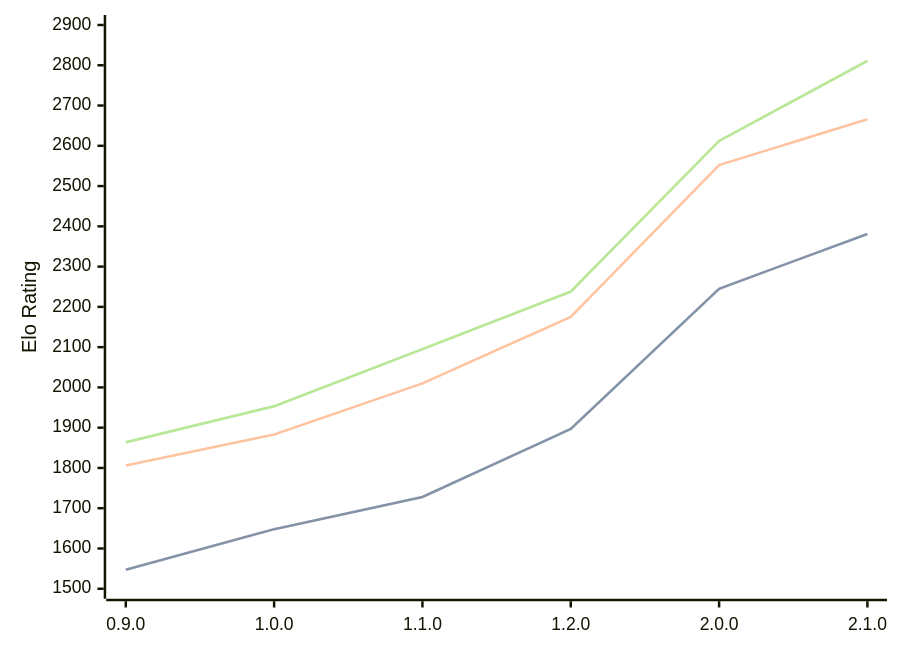
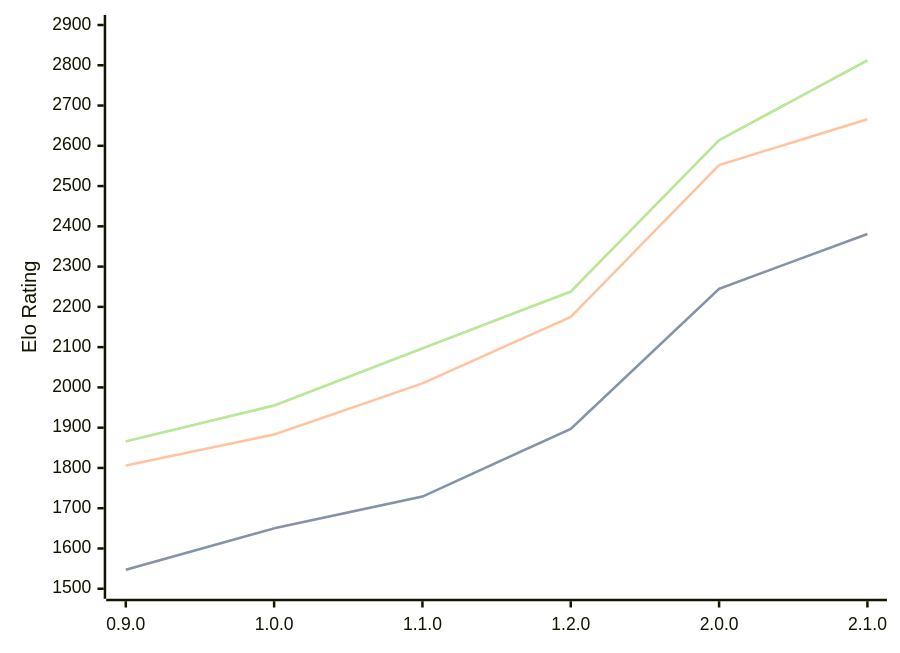
One commit to computer-chess-index/cci changed the diagram in engines/Ratsu.md. Above: the diagram before and after it, drawn with Mermaid. The commit also changed other lines of this file, not shown here.

Commit message:
Update CCI Ratings (ELO VLTC) - 2026-09-16

````diff
--- a/engines/Ratsu.md
+++ b/engines/Ratsu.md
@@ -36,11 +36,11 @@
 ```mermaid
 %%{init: {"theme":"base","themeVariables":{"seriesColors:['#a3a3a3','#222221','#faa371']}}}%%
 xychart-beta
   x-axis ["0.9.0", "1.0.0", "1.1.0", "1.2.0", "2.0.0", "2.1.0"]
   y-axis "Elo Rating" 1500 --> 2900
-  line "" [1547, 1648, 1728, 1897, 2245, 2381]
-  line "STC (8.0+0.08s)" [1547, 1648, 1728, 1897, 2245, 2381]
+  line "" [1547, 1650, 1729, 1897, 2245, 2381]
+  line "STC (8.0+0.08s)" [1547, 1650, 1729, 1897, 2245, 2381]
   line "LTC (60.0+0.60s)" [1806, 1883, 2010, 2175, 2552, 2666]
-  line "" [1864, 1953, 2095, 2238, 2612, 2811]
-  line "VLTC (2m24s+1.12s)" [1864, 1953, 2095, 2238, 2612, 2811]
+  line "" [1866, 1955, 2097, 2238, 2614, 2812]
+  line "VLTC (2m24s+1.12s)" [1866, 1955, 2097, 2238, 2614, 2812]
 ```
````
